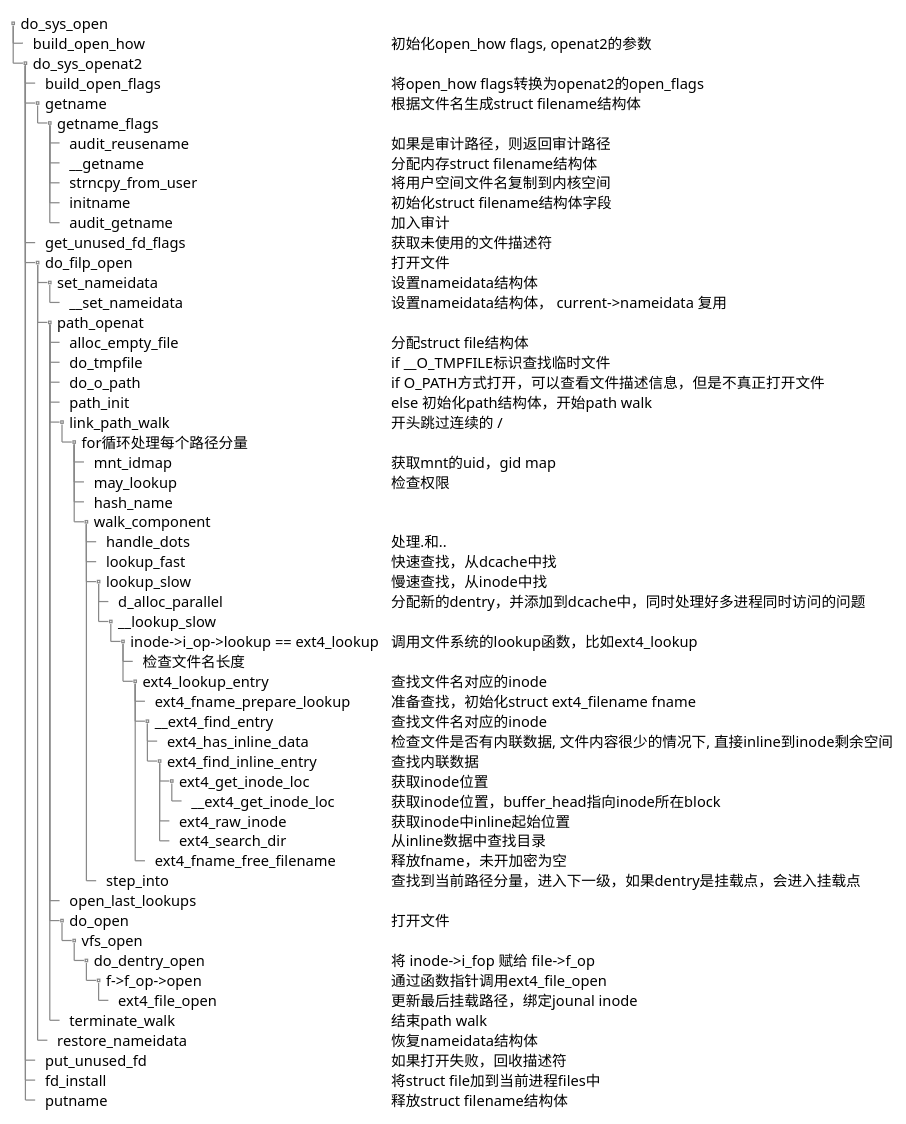
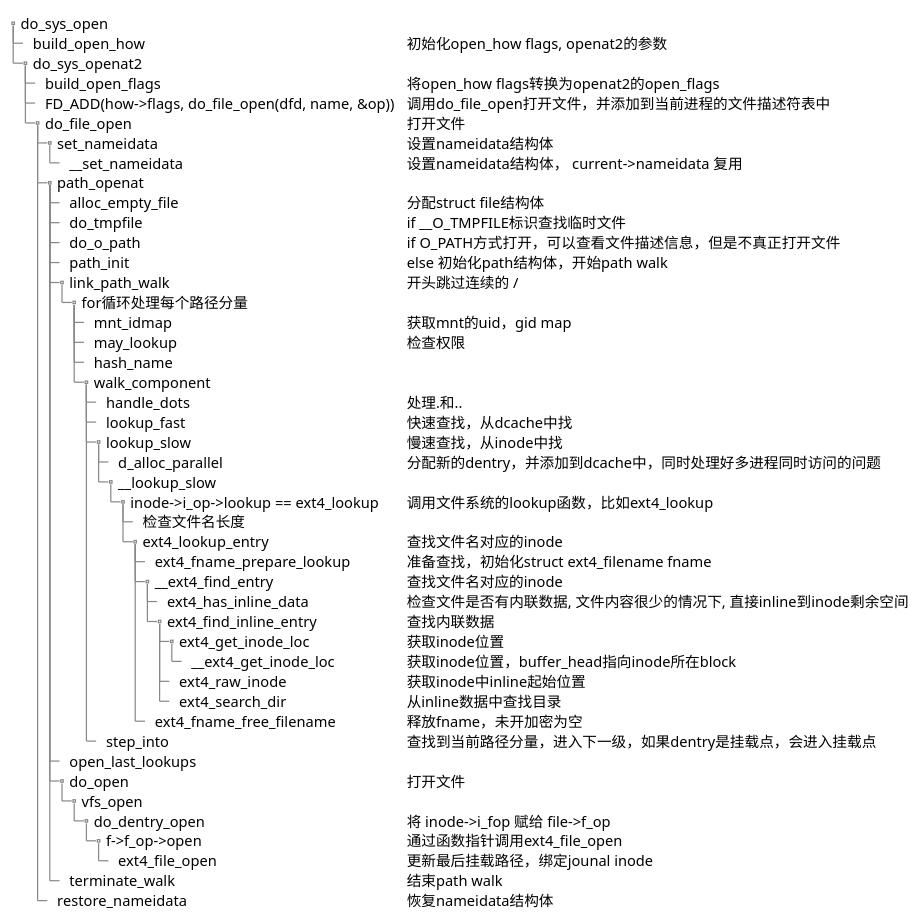
The first of 2 diagrams in notes/file.md (hml1006/linux-comment), drawn with PlantUML before and after one commit. The commit also changed other lines of this file and 10 other files, not shown here.

Commit message:
增加write flow注释

````diff
--- a/notes/file.md
+++ b/notes/file.md
@@ -207,62 +207,51 @@
 ```plantuml
 @startsalt
 {{T
 + do_sys_open
 ++ build_open_how       | 初始化open_how flags, openat2的参数
 ++ do_sys_openat2
 +++ build_open_flags    | 将open_how flags转换为openat2的open_flags
-+++ getname             | 根据文件名生成struct filename结构体
-++++ getname_flags
-+++++ audit_reusename   | 如果是审计路径，则返回审计路径
-+++++ __getname         | 分配内存struct filename结构体
-+++++ strncpy_from_user | 将用户空间文件名复制到内核空间
-+++++ initname          | 初始化struct filename结构体字段
-+++++ audit_getname     | 加入审计
-+++ get_unused_fd_flags | 获取未使用的文件描述符
-+++ do_filp_open    | 打开文件
++++ FD_ADD(how->flags, do_file_open(dfd, name, &op)) | 调用do_file_open打开文件，并添加到当前进程的文件描述符表中
++++ do_file_open    | 打开文件
 ++++ set_nameidata | 设置nameidata结构体
 +++++ __set_nameidata | 设置nameidata结构体， current->nameidata 复用
 ++++ path_openat
 +++++ alloc_empty_file | 分配struct file结构体
 +++++ do_tmpfile | if __O_TMPFILE标识查找临时文件
 +++++ do_o_path | if O_PATH方式打开，可以查看文件描述信息，但是不真正打开文件
 +++++ path_init | else 初始化path结构体，开始path walk
 +++++ link_path_walk    | 开头跳过连续的 /
 ++++++ for循环处理每个路径分量
 +++++++ mnt_idmap        | 获取mnt的uid，gid map
 +++++++ may_lookup | 检查权限
 +++++++ hash_name
 +++++++ walk_component
 ++++++++ handle_dots    | 处理.和..
 ++++++++ lookup_fast | 快速查找，从dcache中找
 ++++++++ lookup_slow | 慢速查找，从inode中找
 +++++++++ d_alloc_parallel | 分配新的dentry，并添加到dcache中，同时处理好多进程同时访问的问题
 +++++++++ __lookup_slow
 ++++++++++ inode->i_op->lookup == ext4_lookup | 调用文件系统的lookup函数，比如ext4_lookup
 +++++++++++ 检查文件名长度
 +++++++++++ ext4_lookup_entry | 查找文件名对应的inode
 ++++++++++++ ext4_fname_prepare_lookup | 准备查找，初始化struct ext4_filename fname
 ++++++++++++ __ext4_find_entry | 查找文件名对应的inode
 +++++++++++++ ext4_has_inline_data | 检查文件是否有内联数据, 文件内容很少的情况下, 直接inline到inode剩余空间
 +++++++++++++ ext4_find_inline_entry | 查找内联数据
 ++++++++++++++ ext4_get_inode_loc | 获取inode位置
 +++++++++++++++ __ext4_get_inode_loc | 获取inode位置，buffer_head指向inode所在block
 ++++++++++++++ ext4_raw_inode | 获取inode中inline起始位置
 ++++++++++++++ ext4_search_dir | 从inline数据中查找目录
 ++++++++++++ ext4_fname_free_filename | 释放fname，未开加密为空
 ++++++++ step_into | 查找到当前路径分量，进入下一级，如果dentry是挂载点，会进入挂载点
 +++++ open_last_lookups
 +++++ do_open | 打开文件
 ++++++ vfs_open
 +++++++ do_dentry_open  | 将 inode->i_fop 赋给 file->f_op
 ++++++++ f->f_op->open | 通过函数指针调用ext4_file_open
 +++++++++ ext4_file_open | 更新最后挂载路径，绑定jounal inode
 +++++ terminate_walk | 结束path walk
 ++++ restore_nameidata | 恢复nameidata结构体
-+++ put_unused_fd       | 如果打开失败，回收描述符
-+++ fd_install       | 将struct file加到当前进程files中
-+++ putname             | 释放struct filename结构体
-
 }}
 @endsalt
 ```
````
